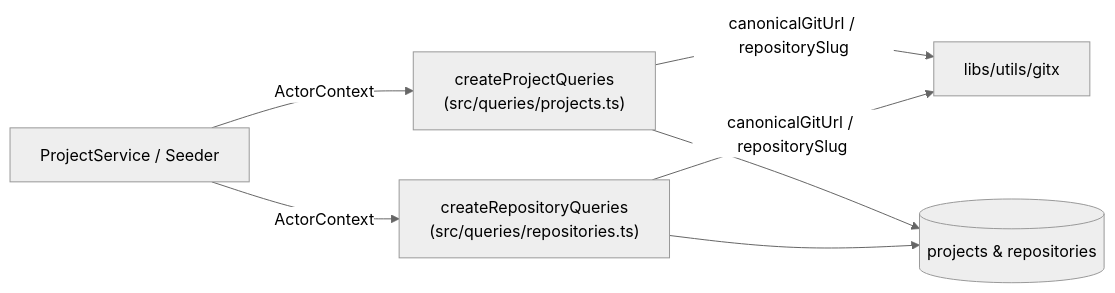
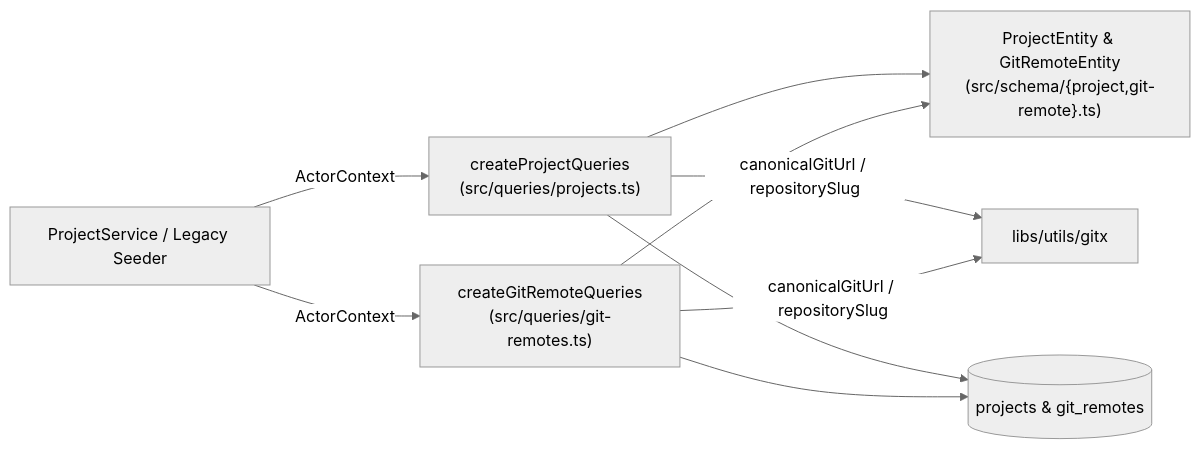
One commit to difflab-io/difflab changed the diagram in docs/architecture/difflab-db/projects.md. Above: the diagram before and after it, drawn with Mermaid (neutral theme). The commit also changed other lines of this file and 88 other files, not shown here.

````diff
--- a/docs/architecture/difflab-db/projects.md
+++ b/docs/architecture/difflab-db/projects.md
@@ -25,9 +25,11 @@
 ```mermaid
 flowchart LR
-  API["ProjectService / Seeder"] -->|"ActorContext"| Projects["createProjectQueries<br/>(src/queries/projects.ts)"]
-  API -->|"ActorContext"| Repos["createRepositoryQueries<br/>(src/queries/repositories.ts)"]
+  API["ProjectService / Legacy Seeder"] -->|"ActorContext"| Projects["createProjectQueries<br/>(src/queries/projects.ts)"]
+  API -->|"ActorContext"| Remotes["createGitRemoteQueries<br/>(src/queries/git-remotes.ts)"]
+  Projects --> Entities["ProjectEntity & GitRemoteEntity<br/>(src/schema/{project,git-remote}.ts)"]
+  Remotes --> Entities
   Projects -->|"canonicalGitUrl / repositorySlug"| GitX["libs/utils/gitx"]
-  Repos -->|"canonicalGitUrl / repositorySlug"| GitX
-  Projects --> Tables[("projects & repositories")]
-  Repos --> Tables
+  Remotes -->|"canonicalGitUrl / repositorySlug"| GitX
+  Projects --> Tables[("projects & git_remotes")]
+  Remotes --> Tables
 ```
````
